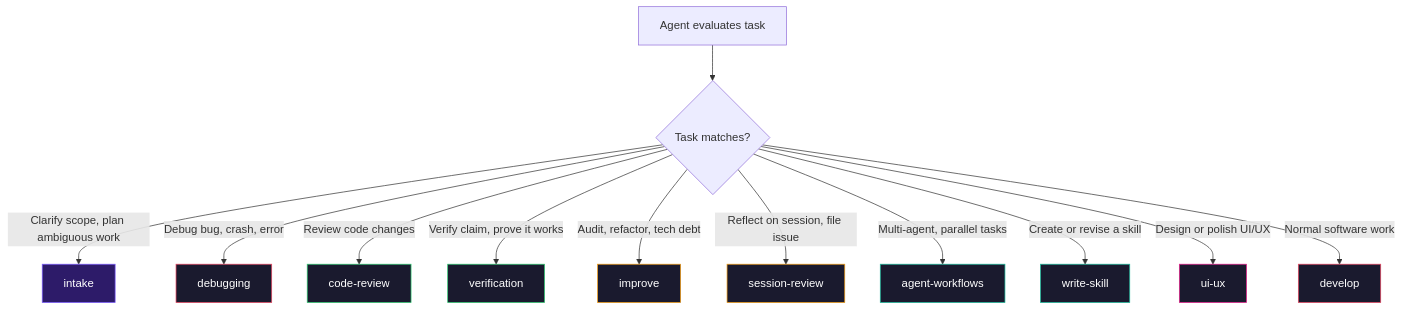
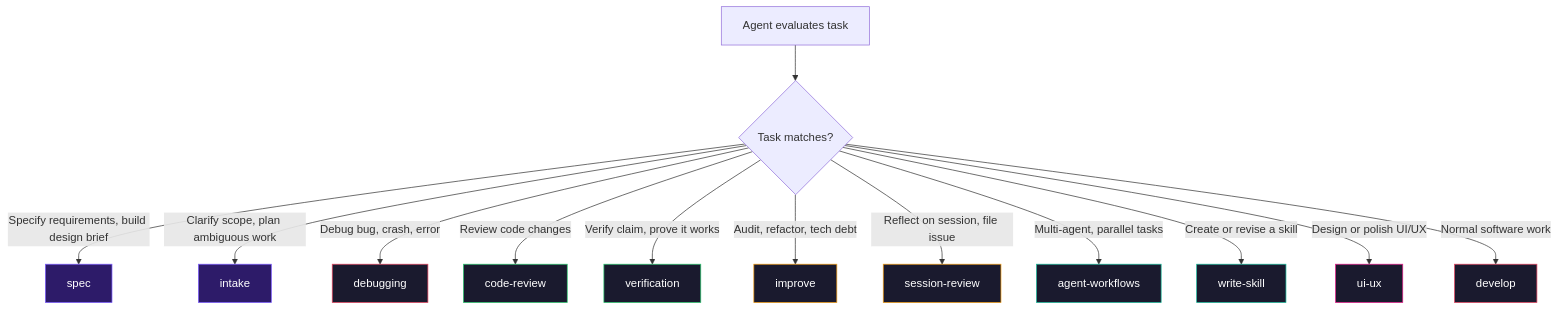
The diagram in README.md (MarkBovee/agent-skills-kit), drawn with Mermaid before and after one commit. The commit also changed other lines of this file and 51 other files, not shown here.

````diff
--- a/README.md
+++ b/README.md
@@ -262,25 +275,27 @@
 ```mermaid
 flowchart TD
     A[Agent evaluates task] --> B{Task matches?}
+    B -->|Specify requirements, build design brief| S[spec]
     B -->|Clarify scope, plan ambiguous work| I[intake]
     B -->|Debug bug, crash, error| D[debugging]
     B -->|Review code changes| CR[code-review]
     B -->|Verify claim, prove it works| V[verification]
     B -->|Audit, refactor, tech debt| R[improve]
     B -->|Reflect on session, file issue| G[session-review]
     B -->|Multi-agent, parallel tasks| A2[agent-workflows]
     B -->|Create or revise a skill| W[write-skill]
     B -->|Design or polish UI/UX| U[ui-ux]
     B -->|Normal software work| DE[develop]
 
+    style S fill:#2d1b69,stroke:#7C5CFF,color:#fff
     style I fill:#2d1b69,stroke:#7C5CFF,color:#fff
     style D fill:#1a1a2e,stroke:#e94560,color:#fff
     style DE fill:#1a1a2e,stroke:#e94560,color:#fff
     style CR fill:#1a1a2e,stroke:#2ecc71,color:#fff
     style V fill:#1a1a2e,stroke:#2ecc71,color:#fff
     style R fill:#1a1a2e,stroke:#f39c12,color:#fff
     style G fill:#1a1a2e,stroke:#f39c12,color:#fff
     style A2 fill:#1a1a2e,stroke:#1abc9c,color:#fff
     style W fill:#1a1a2e,stroke:#1abc9c,color:#fff
     style U fill:#1a1a2e,stroke:#e91e8c,color:#fff
 ```
````
